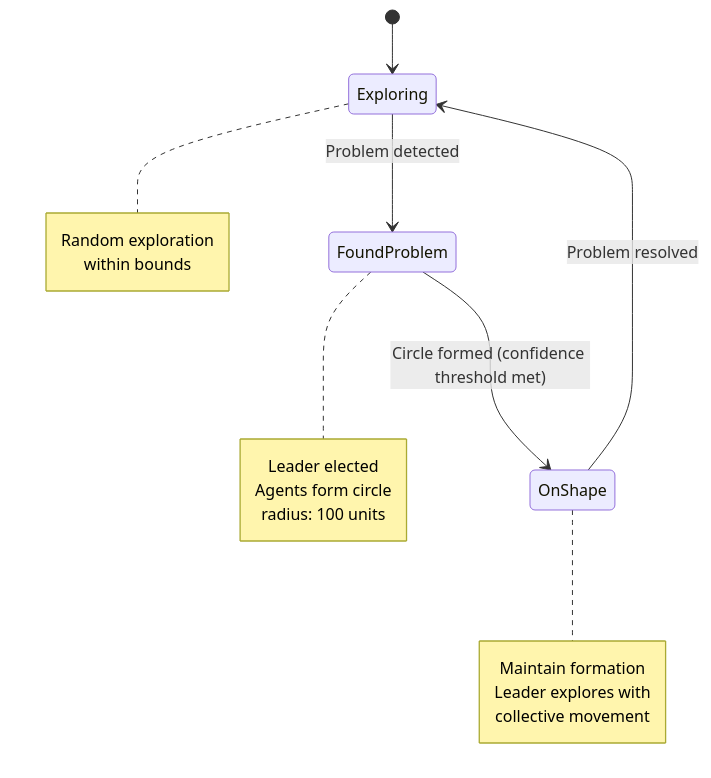
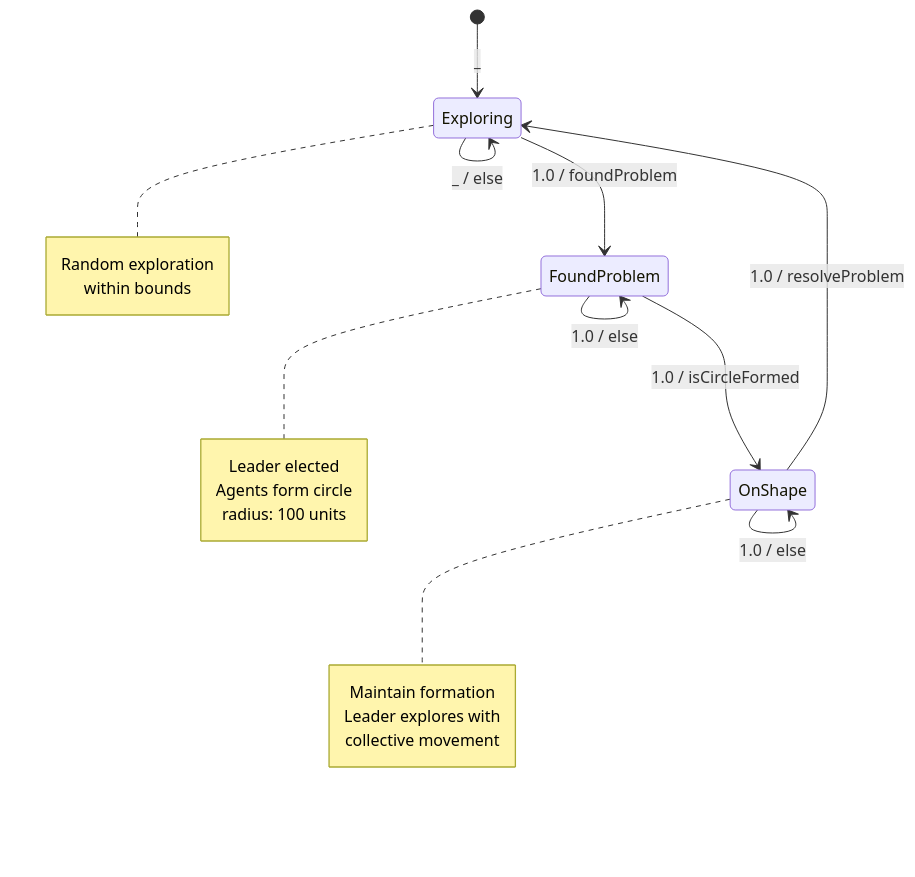
Before and after one commit to cric96/experiments-2025-collective-state-machines: the second of 2 diagrams in README.md, drawn with Mermaid. The commit also changed other lines of this file, not shown here.

````diff
--- a/README.md
+++ b/README.md
@@ -61,24 +65,27 @@
 ```mermaid
 stateDiagram-v2
-    [*] --> Exploring
-    Exploring --> FoundProblem: Problem detected
-    FoundProblem --> OnShape: Circle formed (confidence threshold met)
-    OnShape --> Exploring: Problem resolved 
+    [*] --> Exploring: _
+    Exploring --> FoundProblem: 1.0 / foundProblem
+    FoundProblem --> OnShape: 1.0 / isCircleFormed
+    OnShape --> Exploring: 1.0 / resolveProblem
+    Exploring --> Exploring: _ / else
+    FoundProblem --> FoundProblem: 1.0 / else
+    OnShape --> OnShape: 1.0 / else
     
     note right of Exploring
         Random exploration
         within bounds
     end note
     
     note right of FoundProblem
         Leader elected
         Agents form circle
         radius: 100 units
     end note
     
     note right of OnShape
         Maintain formation
         Leader explores with
         collective movement
     end note
 ```
````
